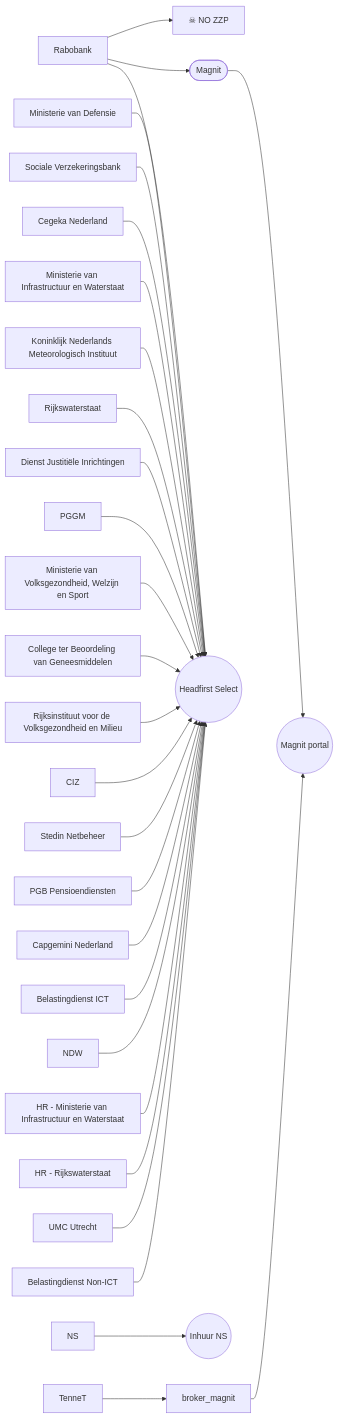
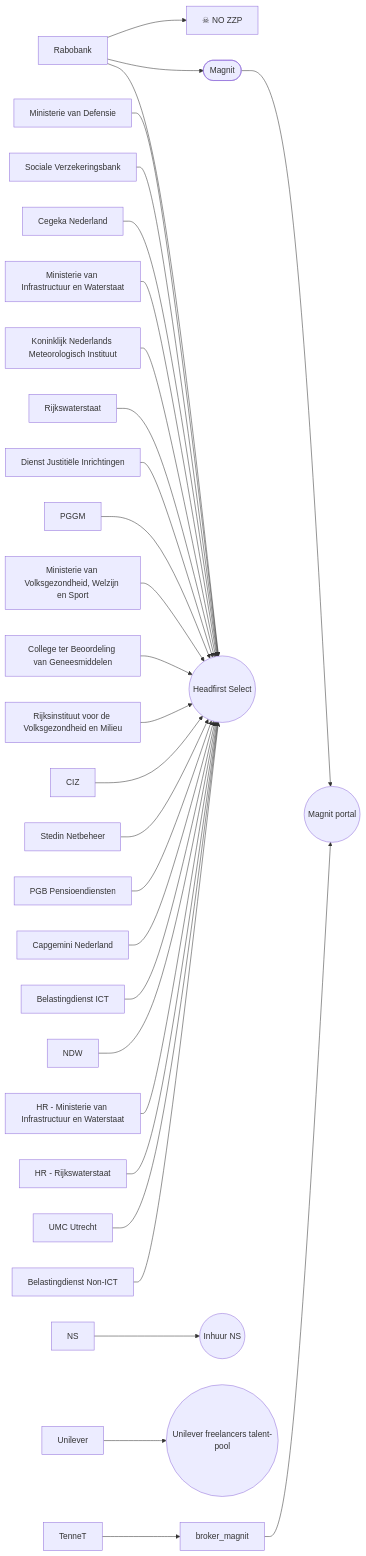
One commit to bneijt/zzp_inhuur_diagram changed the second of 2 diagrams in README.md. Above: the diagram before and after it, drawn with Mermaid.

````diff
--- a/README.md
+++ b/README.md
@@ -16,73 +16,77 @@
 ```mermaid
 flowchart LR
 state_no_zzp["☠ NO ZZP"]
 klant_rabobank["Rabobank"]
 klant_ns["NS"]
 klant_tennet["TenneT"]
-
 klant_rabobank["Rabobank"]
 klant_ministerie_van_defensie["Ministerie van Defensie"]
 klant_sociale_verzekeringsbank["Sociale Verzekeringsbank"]
 klant_cegeka_nederland["Cegeka Nederland"]
 klant_ministerie_van_infrastructuur_en_waterstaat["Ministerie van Infrastructuur en Waterstaat"]
 klant_koninklijk_nederlands_meteorologisch_instituut["Koninklijk Nederlands Meteorologisch Instituut"]
 klant_rijkswaterstaat["Rijkswaterstaat"]
 klant_dienst_justitiële_inrichtingen["Dienst Justitiële Inrichtingen"]
 klant_pggm["PGGM"]
 klant_ministerie_van_volksgezondheid,_welzijn_en_sport["Ministerie van Volksgezondheid, Welzijn en Sport"]
 klant_college_ter_beoordeling_van_geneesmiddelen["College ter Beoordeling van Geneesmiddelen"]
 klant_rijksinstituut_voor_de_volksgezondheid_en_milieu["Rijksinstituut voor de Volksgezondheid en Milieu"]
 klant_ciz["CIZ"]
 klant_stedin_netbeheer["Stedin Netbeheer"]
 klant_pgb_pensioendiensten["PGB Pensioendiensten"]
 klant_capgemini_nederland_["Capgemini Nederland "]
 klant_belastingdienst_ict["Belastingdienst ICT"]
 klant_ndw["NDW"]
 klant_hr_ministerie_van_infrastructuur_en_waterstaat["HR - Ministerie van Infrastructuur en Waterstaat"]
 klant_hr_rijkswaterstaat["HR - Rijkswaterstaat"]
 klant_umc_utrecht["UMC Utrecht"]
 klant_belastingdienst_non_ict["Belastingdienst Non-ICT"]
+klant_unilever["Unilever"]
 
 boker_magnit([Magnit])
 
 das_headfirst_select((Headfirst Select))
 click das_headfirst "https://platform.select.hr/" "https://platform.select.hr/"
 das_ns(("Inhuur NS"))
 click das_ns "https://inhuur-ns.my.site.com/" "https://inhuur-ns.my.site.com/"
 
 das_magnit(("Magnit portal"))
 click das_ns "https://portal.magnitglobal.com/" "https://portal.magnitglobal.com/"
+
+das_unilever_talentpool(("Unilever freelancers talent-pool"))
+click das_unilever_talentpool "https://unileverfreelancers.talent-pool.com/" "https://unileverfreelancers.talent-pool.com/"
 
 
 klant_rabobank --> state_no_zzp
 klant_rabobank --> boker_magnit --> das_magnit
 
 klant_ns --> das_ns
 
 klant_tennet --> broker_magnit --> das_magnit
 
 klant_rabobank --> das_headfirst_select
 klant_ministerie_van_defensie --> das_headfirst_select
 klant_sociale_verzekeringsbank --> das_headfirst_select
 klant_cegeka_nederland --> das_headfirst_select
 klant_ministerie_van_infrastructuur_en_waterstaat --> das_headfirst_select
 klant_koninklijk_nederlands_meteorologisch_instituut --> das_headfirst_select
 klant_rijkswaterstaat --> das_headfirst_select
 klant_dienst_justitiële_inrichtingen --> das_headfirst_select
 klant_pggm --> das_headfirst_select
 klant_ministerie_van_volksgezondheid,_welzijn_en_sport --> das_headfirst_select
 klant_college_ter_beoordeling_van_geneesmiddelen --> das_headfirst_select
 klant_rijksinstituut_voor_de_volksgezondheid_en_milieu --> das_headfirst_select
 klant_ciz --> das_headfirst_select
 klant_stedin_netbeheer --> das_headfirst_select
 klant_pgb_pensioendiensten --> das_headfirst_select
 klant_capgemini_nederland_ --> das_headfirst_select
 klant_belastingdienst_ict --> das_headfirst_select
 klant_ndw --> das_headfirst_select
 klant_hr_ministerie_van_infrastructuur_en_waterstaat --> das_headfirst_select
 klant_hr_rijkswaterstaat --> das_headfirst_select
 klant_umc_utrecht --> das_headfirst_select
 klant_belastingdienst_non_ict --> das_headfirst_select
 
+klant_unilever --> das_unilever_talentpool
 
 ```
````
